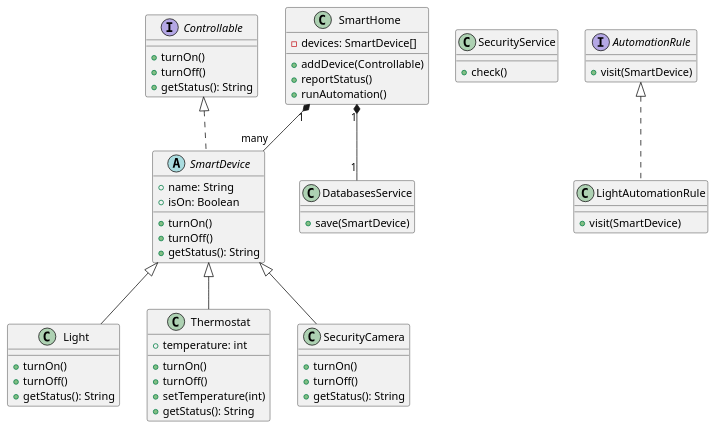
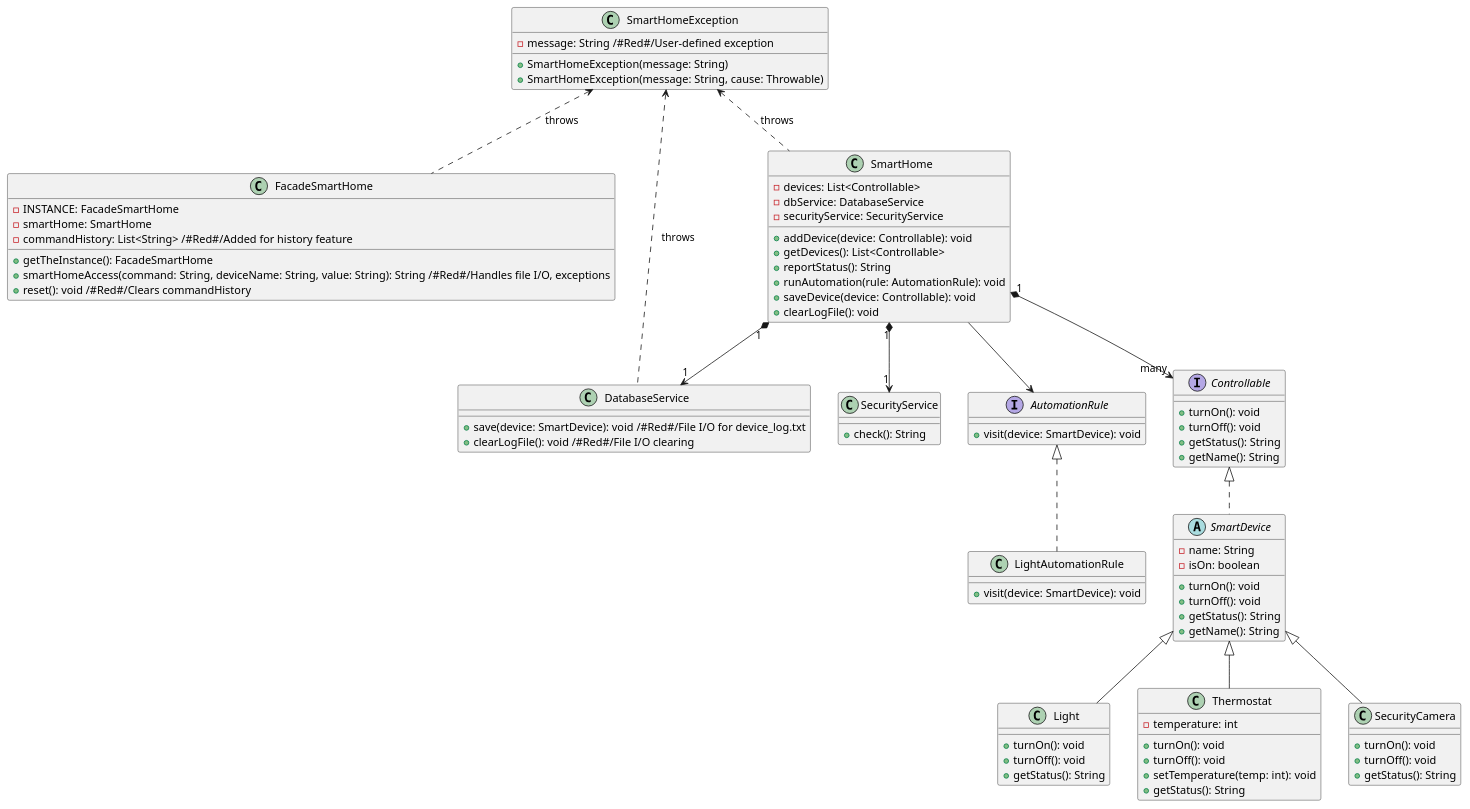
The first of 2 diagrams in shss.puml (Fatimah1403/SmartHomeSystemSimulation), drawn with PlantUML before and after one commit. The commit also changed other lines of this file and 2 other files, not shown here.

Commit message:
Updated the DatabaseService and the README

```diff
--- a/shss.puml
+++ b/shss.puml
@@ -1,75 +1,108 @@
 @startuml
-' --- Class Diagram ---
-' Abstract Class: SmartDevice
-abstract class SmartDevice {
-    + name: String
-    + isOn: Boolean
-    + turnOn()
-    + turnOff()
-    + getStatus(): String
+' --- Class Diagram for Smart Home System Simulation ---
+
+' Facade class
+class FacadeSmartHome {
+    - INSTANCE: FacadeSmartHome
+    - smartHome: SmartHome
+    - commandHistory: List<String> /#Red#/Added for history feature
+    + getTheInstance(): FacadeSmartHome
+    + smartHomeAccess(command: String, deviceName: String, value: String): String /#Red#/Handles file I/O, exceptions
+    + reset(): void /#Red#/Clears commandHistory
 }
 
-' Concrete classes inheriting from SmartDevice
+' SmartHome core class
+class SmartHome {
+    - devices: List<Controllable>
+    - dbService: DatabaseService
+    - securityService: SecurityService
+    + addDevice(device: Controllable): void
+    + getDevices(): List<Controllable>
+    + reportStatus(): String
+    + runAutomation(rule: AutomationRule): void
+    + saveDevice(device: Controllable): void
+    + clearLogFile(): void
+}
+
+' Abstract class: SmartDevice
+abstract class SmartDevice {
+    - name: String
+    - isOn: boolean
+    + turnOn(): void
+    + turnOff(): void
+    + getStatus(): String
+    + getName(): String
+}
+
+' Concrete device classes
 class Light {
-    + turnOn()
-    + turnOff()
+    + turnOn(): void
+    + turnOff(): void
     + getStatus(): String
 }
 
 class Thermostat {
-    + temperature: int
-    + turnOn()
-    + turnOff()
-    + setTemperature(int)
+    - temperature: int
+    + turnOn(): void
+    + turnOff(): void
+    + setTemperature(temp: int): void
     + getStatus(): String
 }
 
 class SecurityCamera {
-    + turnOn()
-    + turnOff()
+    + turnOn(): void
+    + turnOff(): void
     + getStatus(): String
 }
 
 ' Interface for controllable devices
 interface Controllable {
-    + turnOn()
-    + turnOff()
+    + turnOn(): void
+    + turnOff(): void
     + getStatus(): String
+    + getName(): String
 }
 
-' SmartHome class with devices
-class SmartHome {
-    - devices: SmartDevice[]
-    + addDevice(Controllable)
-    + reportStatus()
-    + runAutomation()
+' Service classes
+class DatabaseService {
+    + save(device: SmartDevice): void /#Red#/File I/O for device_log.txt
+    + clearLogFile(): void /#Red#/File I/O clearing
 }
 
-' Services classes
 class SecurityService {
-    + check()
-}
-
-class DatabasesService {
-    + save(SmartDevice)
+    + check(): String
 }
 
 ' Automation rule interface
 interface AutomationRule {
-    + visit(SmartDevice)
+    + visit(device: SmartDevice): void
 }
 
-' Light Automation Rule implementation
+' Light automation rule implementation
 class LightAutomationRule {
-    + visit(SmartDevice)
+    + visit(device: SmartDevice): void
+}
+
+' User-defined exception
+class SmartHomeException {
+    - message: String /#Red#/User-defined exception
+    + SmartHomeException(message: String)
+    + SmartHomeException(message: String, cause: Throwable)
 }
 
 ' Relationships
+'FacadeSmartHome "1" --> "1" SmartHome
+SmartHome "1" *--> "many" Controllable
+SmartHome "1" *--> "1" DatabaseService
+SmartHome "1" *--> "1" SecurityService
 SmartDevice <|-- Light
 SmartDevice <|-- Thermostat
 SmartDevice <|-- SecurityCamera
 Controllable <|.. SmartDevice
-SmartHome "1" *-- "many" SmartDevice
-SmartHome "1" *-- "1" DatabasesService
 AutomationRule <|.. LightAutomationRule
+SmartHome --> AutomationRule
+SmartHomeException <.. FacadeSmartHome : throws
+SmartHomeException <.. SmartHome : throws
+SmartHomeException <.. DatabaseService : throws
+
 @enduml
```
